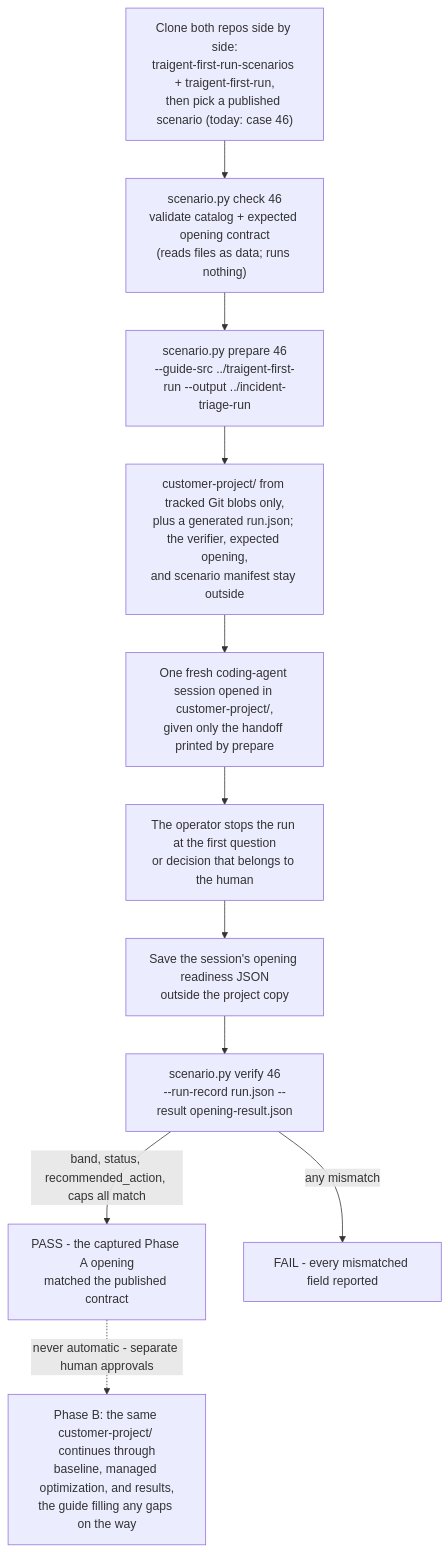
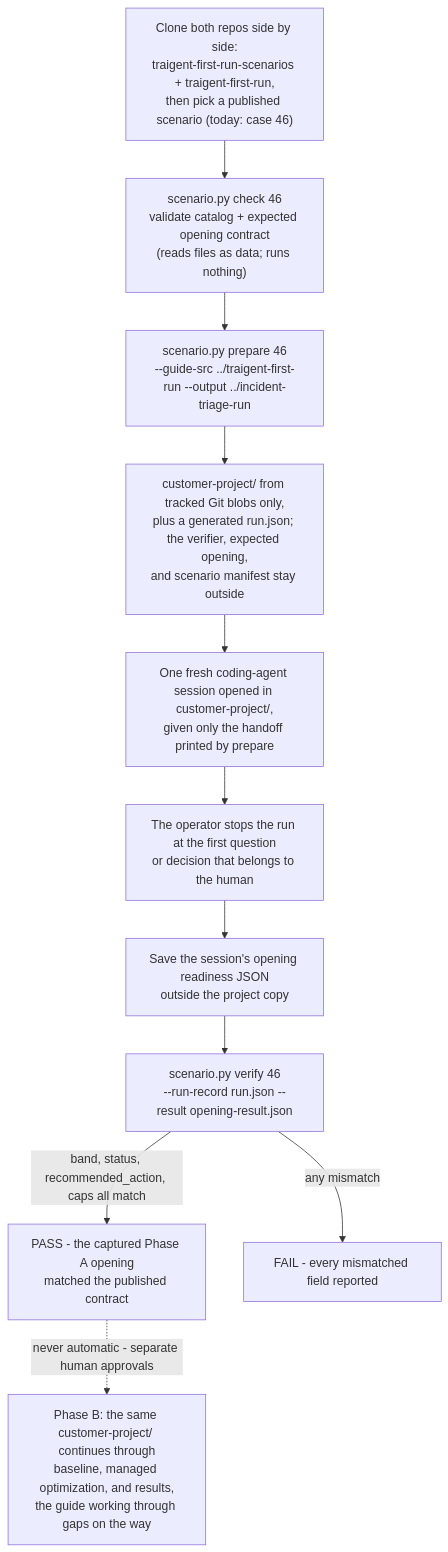
One commit to Traigent/traigent-first-run-scenarios changed the diagram in README.md. Above: the diagram before and after it, drawn with Mermaid. The commit also changed other lines of this file, not shown here.

First line of the commit message:
docs: gaps are worked through, not always filled

````diff
--- a/README.md
+++ b/README.md
@@ -214,13 +215,13 @@
 ```mermaid
 flowchart TD
     A["Clone both repos side by side:<br/>traigent-first-run-scenarios + traigent-first-run,<br/>then pick a published scenario (today: case 46)"] --> B["scenario.py check 46<br/>validate catalog + expected opening contract<br/>(reads files as data; runs nothing)"]
     B --> C["scenario.py prepare 46<br/>--guide-src ../traigent-first-run --output ../incident-triage-run"]
     C --> D["customer-project/ from tracked Git blobs only,<br/>plus a generated run.json; the verifier, expected opening,<br/>and scenario manifest stay outside"]
     D --> E["One fresh coding-agent session opened in customer-project/,<br/>given only the handoff printed by prepare"]
     E --> F["The operator stops the run at the first question<br/>or decision that belongs to the human"]
     F --> G["Save the session's opening readiness JSON<br/>outside the project copy"]
     G --> H["scenario.py verify 46<br/>--run-record run.json --result opening-result.json"]
     H -->|"band, status, recommended_action, caps all match"| I["PASS - the captured Phase A opening<br/>matched the published contract"]
     H -->|"any mismatch"| J["FAIL - every mismatched field reported"]
-    I -.->|"never automatic - separate human approvals"| K["Phase B: the same customer-project/ continues through<br/>baseline, managed optimization, and results,<br/>the guide filling any gaps on the way"]
+    I -.->|"never automatic - separate human approvals"| K["Phase B: the same customer-project/ continues through<br/>baseline, managed optimization, and results,<br/>the guide working through gaps on the way"]
 ```
````
